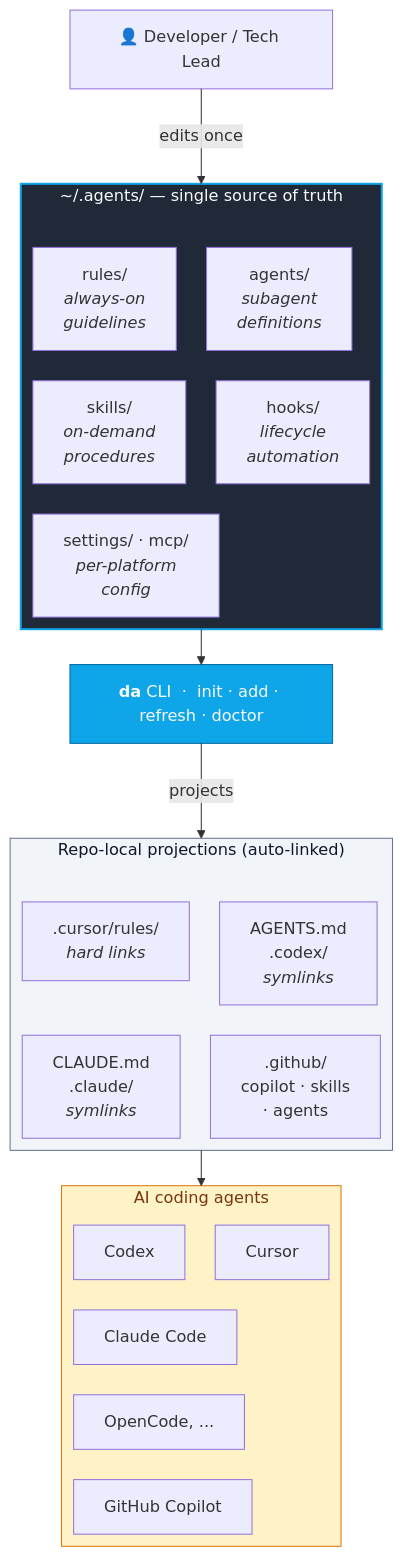
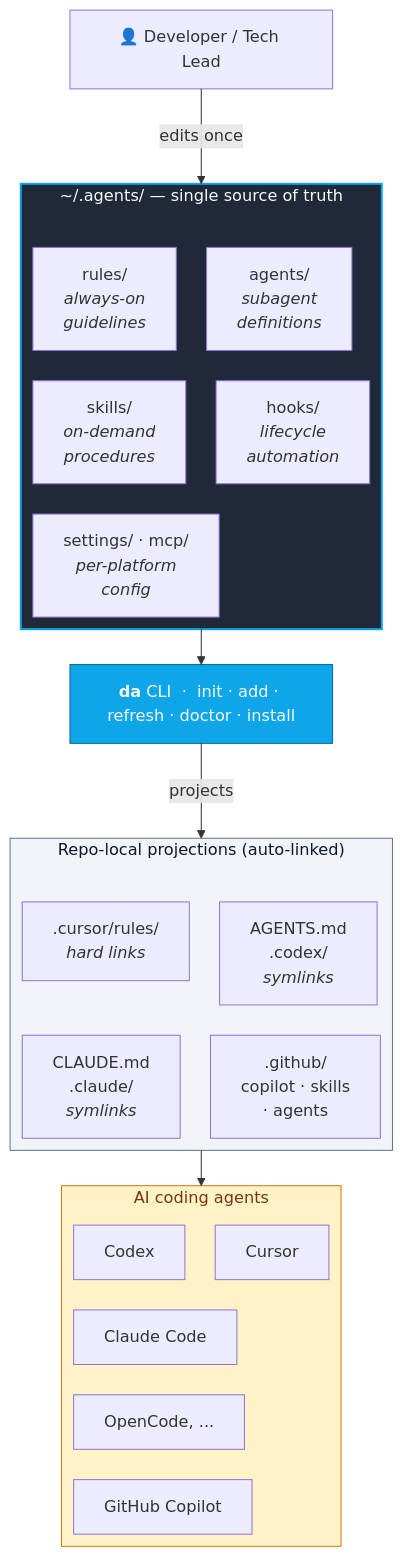
Before and after one commit to AGOrcha/dot-agents: the first of 2 diagrams in docs/DEMO_DIAGRAM.md, drawn with Mermaid. The commit also changed other lines of this file, not shown here.

First line of the commit message:
docs(demo): refresh DEMO_DIAGRAM for current closeout/verifier shape

````diff
--- a/docs/DEMO_DIAGRAM.md
+++ b/docs/DEMO_DIAGRAM.md
@@ -12,47 +20,47 @@
 ```mermaid
 %%{init: {"flowchart": {"defaultRenderer": "elk"}} }%%
 flowchart TB
     Dev["👤 Developer / Tech Lead"]
 
     subgraph Canonical["~/.agents/ — single source of truth"]
         direction LR
         Rules["rules/<br/><i>always-on<br/>guidelines</i>"]
         Skills["skills/<br/><i>on-demand<br/>procedures</i>"]
         Agents["agents/<br/><i>subagent<br/>definitions</i>"]
         Hooks["hooks/<br/><i>lifecycle<br/>automation</i>"]
         Settings["settings/ · mcp/<br/><i>per-platform<br/>config</i>"]
     end
 
-    CLI["<b>da</b> CLI &nbsp;·&nbsp; init · add · refresh · doctor"]
+    CLI["<b>da</b> CLI &nbsp;·&nbsp; init · add · refresh · doctor · install"]
 
     subgraph Projects["Repo-local projections (auto-linked)"]
         direction LR
         P1[".cursor/rules/<br/><i>hard links</i>"]
         P2["CLAUDE.md<br/>.claude/<br/><i>symlinks</i>"]
         P3["AGENTS.md<br/>.codex/<br/><i>symlinks</i>"]
         P4[".github/<br/>copilot · skills<br/>· agents"]
     end
 
     subgraph AI["AI coding agents"]
         direction LR
         Cursor["Cursor"]
         Claude["Claude Code"]
         Codex["Codex"]
         Copilot["GitHub Copilot"]
         Other["OpenCode, ..."]
     end
 
     Dev -->|edits once| Canonical
     Canonical --> CLI
     CLI -->|projects| Projects
     Projects --> AI
 
     classDef hub fill:#1f2937,stroke:#0ea5e9,stroke-width:2px,color:#f9fafb
     classDef cli fill:#0ea5e9,stroke:#0369a1,color:#f9fafb
     classDef proj fill:#f1f5f9,stroke:#64748b,color:#0f172a
     classDef tool fill:#fef3c7,stroke:#d97706,color:#78350f
     class Canonical hub
     class CLI cli
     class Projects proj
     class AI tool
 ```
````
